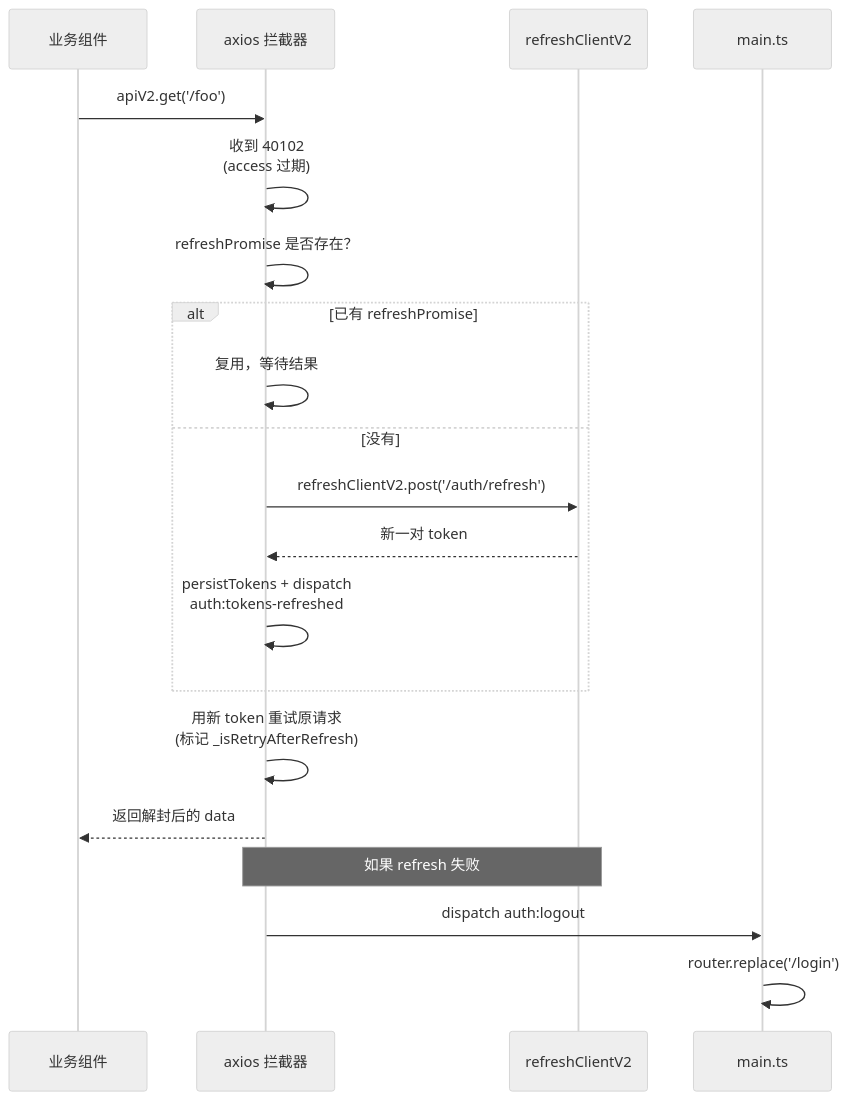
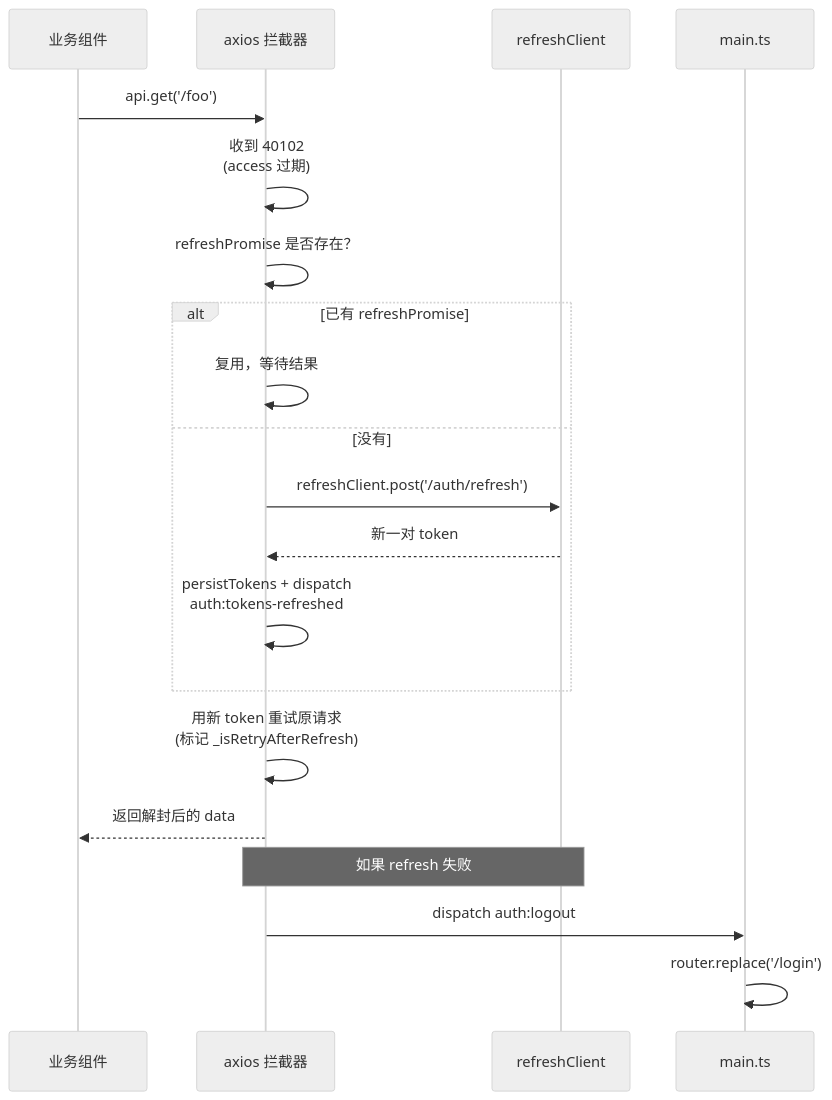
One commit to kurisu-004/frontend changed the diagram in docs/02-architecture/api-contract.md. Above: the diagram before and after it, drawn with Mermaid (neutral theme). The commit also changed other lines of this file and 5 other files, not shown here.

````diff
--- a/docs/02-architecture/api-contract.md
+++ b/docs/02-architecture/api-contract.md
@@ -71,24 +71,24 @@
 ```mermaid
 sequenceDiagram
   participant C as 业务组件
   participant I as axios 拦截器
-  participant R as refreshClientV2
+  participant R as refreshClient
   participant L as main.ts
 
-  C->>I: apiV2.get('/foo')
+  C->>I: api.get('/foo')
   I->>I: 收到 40102<br/>(access 过期)
   I->>I: refreshPromise 是否存在？
   alt 已有 refreshPromise
     I->>I: 复用，等待结果
   else 没有
-    I->>R: refreshClientV2.post('/auth/refresh')
+    I->>R: refreshClient.post('/auth/refresh')
     R-->>I: 新一对 token
     I->>I: persistTokens + dispatch<br/>auth:tokens-refreshed
   end
   I->>I: 用新 token 重试原请求<br/>(标记 _isRetryAfterRefresh)
   I-->>C: 返回解封后的 data
 
   Note over I,R: 如果 refresh 失败
   I->>L: dispatch auth:logout
   L->>L: router.replace('/login')
 ```
````
